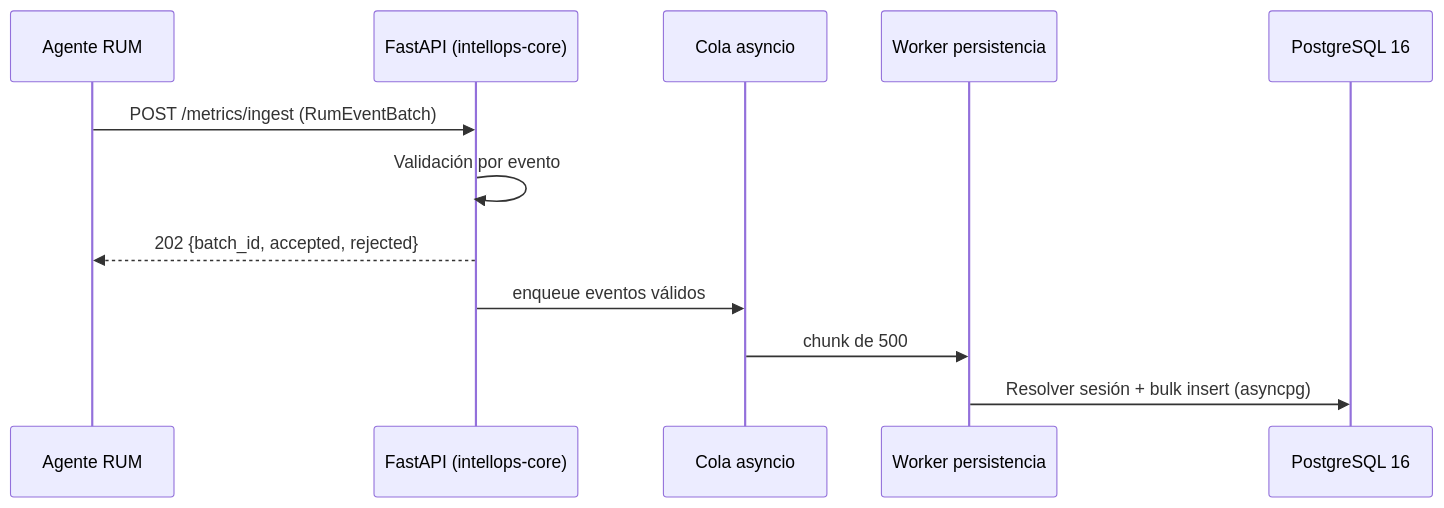
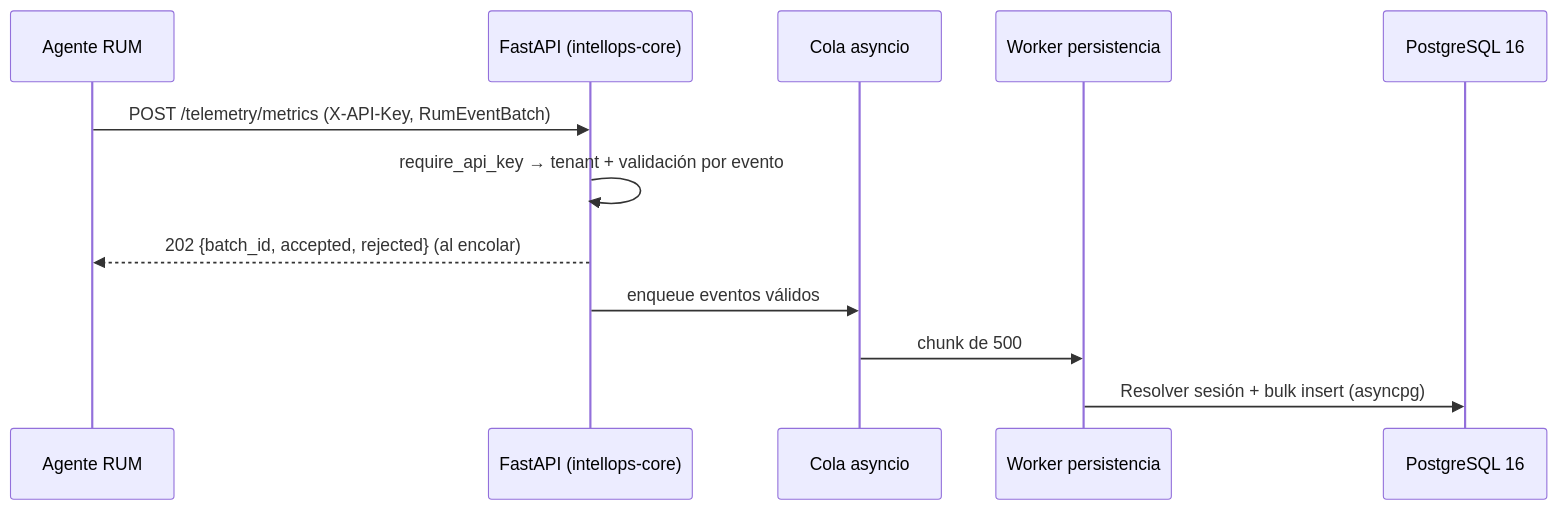
The first of 2 diagrams in openspec/specs/architecture/components.md (infraitgidas/intellops), drawn with Mermaid before and after one commit. The commit also changed other lines of this file and 8 other files, not shown here.

First line of the commit message:
docs(architecture): nomenclatura /telemetry/* en specs y docs vivas; ADR y changelog (ISS-S2-03)

````diff
--- a/openspec/specs/architecture/components.md
+++ b/openspec/specs/architecture/components.md
@@ -134,15 +134,15 @@
 ```mermaid
 sequenceDiagram
     participant Agent as Agente RUM
     participant API as FastAPI (intellops-core)
     participant Q as Cola asyncio
     participant W as Worker persistencia
     participant DB as PostgreSQL 16
 
-    Agent->>API: POST /metrics/ingest (RumEventBatch)
-    API->>API: Validación por evento
-    API-->>Agent: 202 {batch_id, accepted, rejected}
+    Agent->>API: POST /telemetry/metrics (X-API-Key, RumEventBatch)
+    API->>API: require_api_key → tenant + validación por evento
+    API-->>Agent: 202 {batch_id, accepted, rejected} (al encolar)
     API->>Q: enqueue eventos válidos
     Q->>W: chunk de 500
     W->>DB: Resolver sesión + bulk insert (asyncpg)
 ```
````
